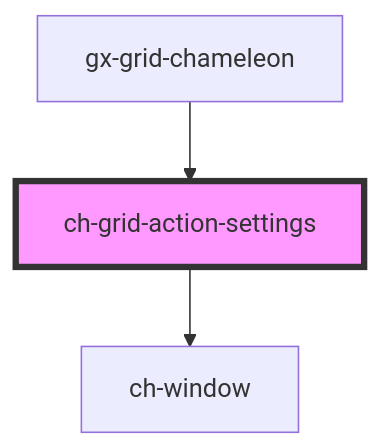
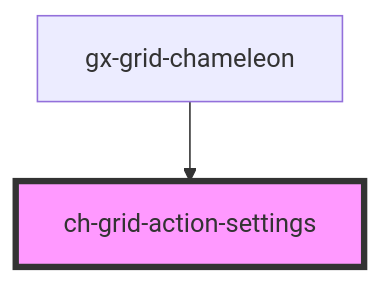
The diagram in src/components/grid-action/grid-action-settings/readme.md (genexuslabs/chameleon-controls-library), drawn with Mermaid before and after one commit. The commit also changed other lines of this file and 1 other file, not shown here.

Commit message:
Update action settings

````diff
--- a/src/components/grid-action/grid-action-settings/readme.md
+++ b/src/components/grid-action/grid-action-settings/readme.md
@@ -23,6 +25,5 @@
 ```mermaid
 graph TD;
-  ch-grid-action-settings --> ch-window
   gx-grid-chameleon --> ch-grid-action-settings
   style ch-grid-action-settings fill:#f9f,stroke:#333,stroke-width:4px
 ```
````
